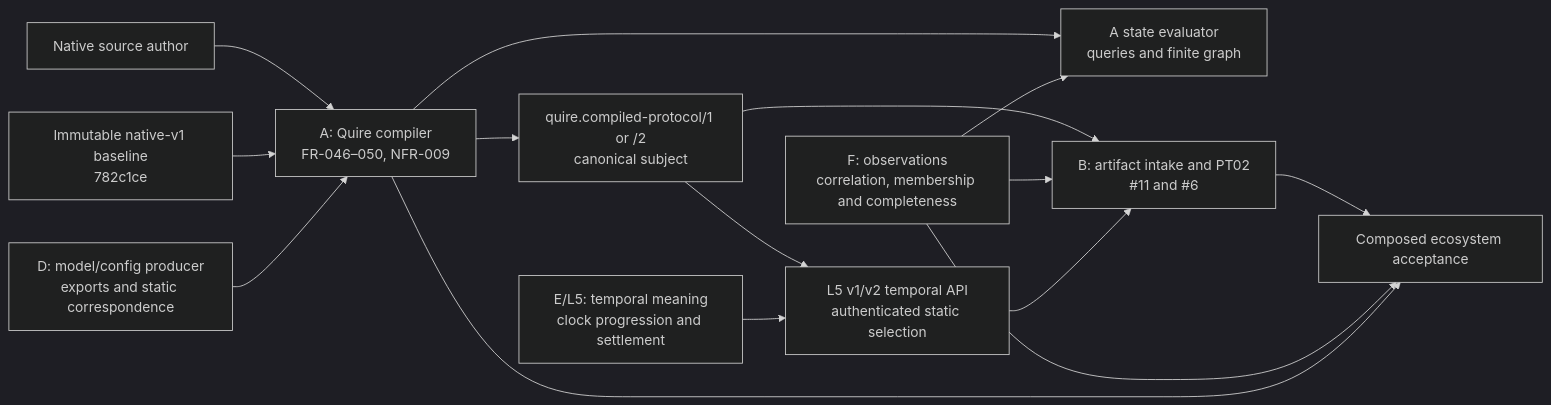
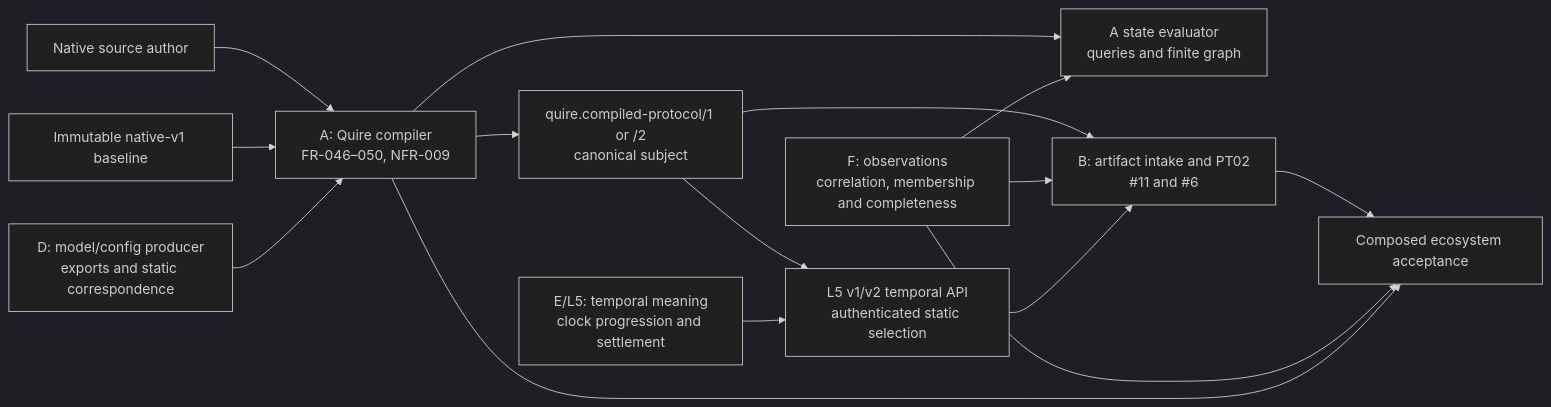
One commit to agent-ix/quire-spec-language changed the diagram in spec/reviews/core-language/scope-boundary.md. Above: the diagram before and after it, drawn with Mermaid (dark theme). The commit also changed 11 other files, not shown here.

````diff
--- a/spec/reviews/core-language/scope-boundary.md
+++ b/spec/reviews/core-language/scope-boundary.md
@@ -67,17 +67,17 @@
 ```mermaid
 flowchart LR
   Author[Native source author] --> A["A: Quire compiler\nFR-046–050, NFR-009"]
-  Standard["Immutable native-v1 baseline\n782c1ce"] --> A
+  Standard["Immutable native-v1 baseline"] --> A
   D["D: model/config producer\nexports and static correspondence"] --> A
   A --> Artifact["quire.compiled-protocol/1 or /2\ncanonical subject"]
   A --> State["A state evaluator\nqueries and finite graph"]
   F["F: observations\ncorrelation, membership and completeness"] --> State
   Artifact --> B["B: artifact intake and PT02\n#11 and #6"]
   F --> B
   Artifact --> L5["L5 v1/v2 temporal API\nauthenticated static selection"]
   E["E/L5: temporal meaning\nclock progression and settlement"] --> L5
   L5 --> B
   B --> Campaign[Composed ecosystem acceptance]
   F --> Campaign
   A --> Campaign
 ```
````
